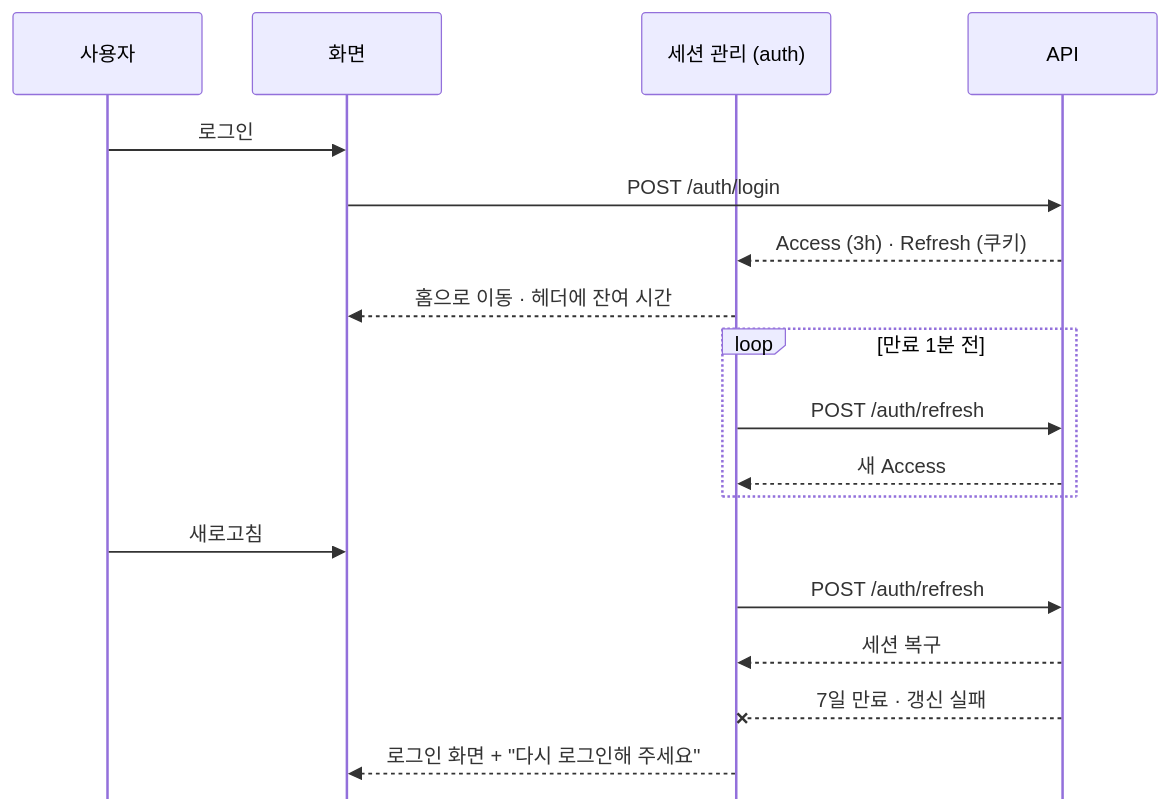
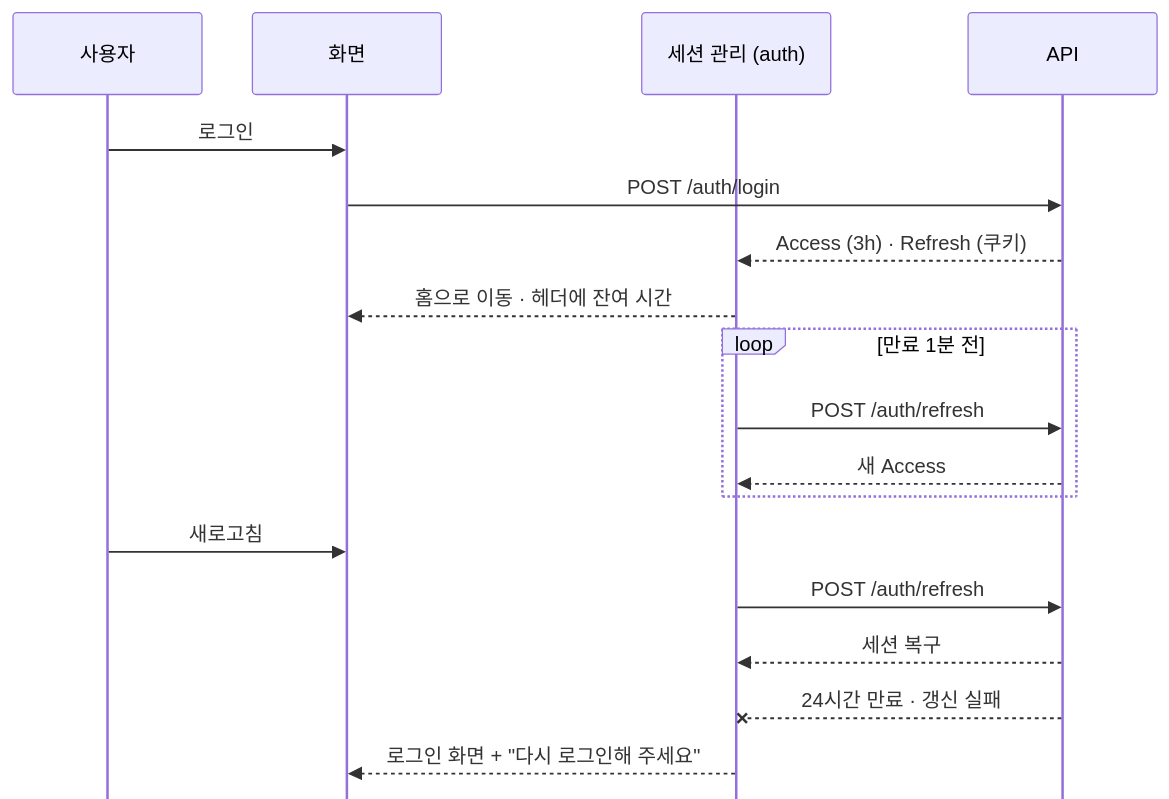
One commit to wjsgusdn12/naverworks_clone_front changed the third of 10 diagrams in README.md. Above: the diagram before and after it, drawn with Mermaid. The commit also changed other lines of this file, not shown here.

Commit message:
README 세션 만료 시간을 24시간으로 수정

````diff
--- a/README.md
+++ b/README.md
@@ -105,30 +105,30 @@
 ```mermaid
 ---
 config:
   markdownAutoWrap: false
   sequence:
     actorMargin: 40
     messageMargin: 44
     mirrorActors: false
     wrap: false
 ---
 sequenceDiagram
     participant U as 사용자
     participant F as 화면
     participant S as 세션 관리 (auth)
     participant A as API
 
     U->>F: 로그인
     F->>A: POST /auth/login
     A-->>S: Access (3h) · Refresh (쿠키)
     S-->>F: 홈으로 이동 · 헤더에 잔여 시간
     loop 만료 1분 전
         S->>A: POST /auth/refresh
         A-->>S: 새 Access
     end
     U->>F: 새로고침
     S->>A: POST /auth/refresh
     A-->>S: 세션 복구
-    A--xS: 7일 만료 · 갱신 실패
+    A--xS: 24시간 만료 · 갱신 실패
     S-->>F: 로그인 화면 + "다시 로그인해 주세요"
 ```
````
